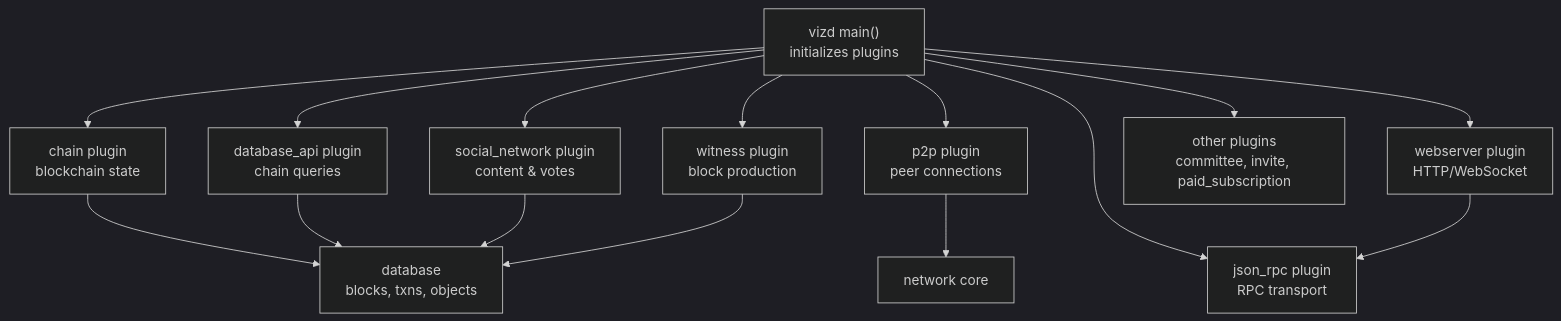
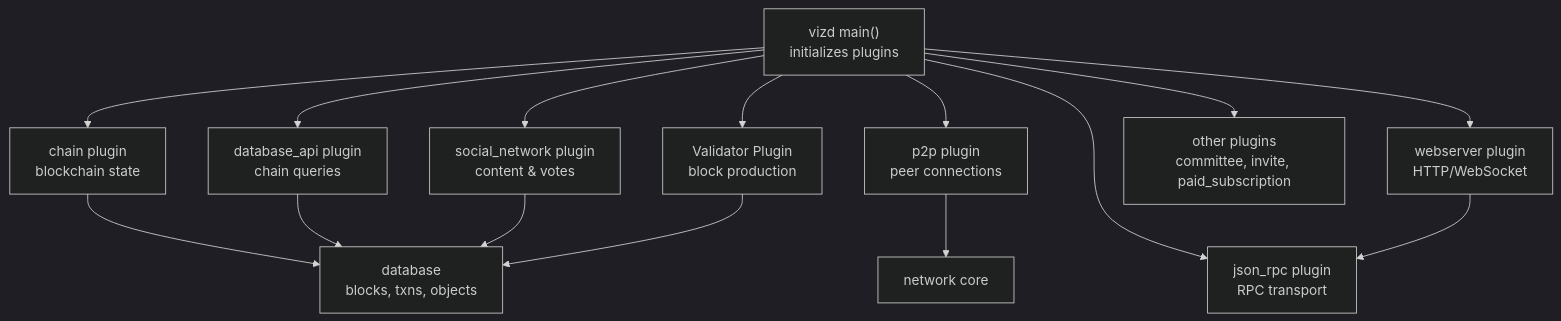
Before and after one commit to VIZ-Blockchain/viz-cpp-node: the second of 7 diagrams in .qoder/repowiki/en/content/Project Overview.md, drawn with Mermaid (dark theme). The commit also changed other lines of this file and 88 other files, not shown here.

First line of the commit message:
docs(validator): rename witness to validator throughout documentation

````diff
--- a/.qoder/repowiki/en/content/Project Overview.md
+++ b/.qoder/repowiki/en/content/Project Overview.md
@@ -139,17 +139,17 @@
 ```mermaid
 graph TB
 Main["vizd main()<br/>initializes plugins"] --> Chain["chain plugin<br/>blockchain state"]
 Main --> P2P["p2p plugin<br/>peer connections"]
 Main --> Web["webserver plugin<br/>HTTP/WebSocket"]
 Main --> JSON["json_rpc plugin<br/>RPC transport"]
 Main --> DBAPI["database_api plugin<br/>chain queries"]
-Main --> Witness["witness plugin<br/>block production"]
+Main --> validator["Validator Plugin<br/>block production"]
 Main --> Social["social_network plugin<br/>content & votes"]
 Main --> Others["other plugins<br/>committee, invite, paid_subscription"]
 Chain --> DB["database<br/>blocks, txns, objects"]
 DBAPI --> DB
 Social --> DB
-Witness --> DB
+validator --> DB
 P2P --> Net["network core"]
 Web --> JSON
 ```
````
